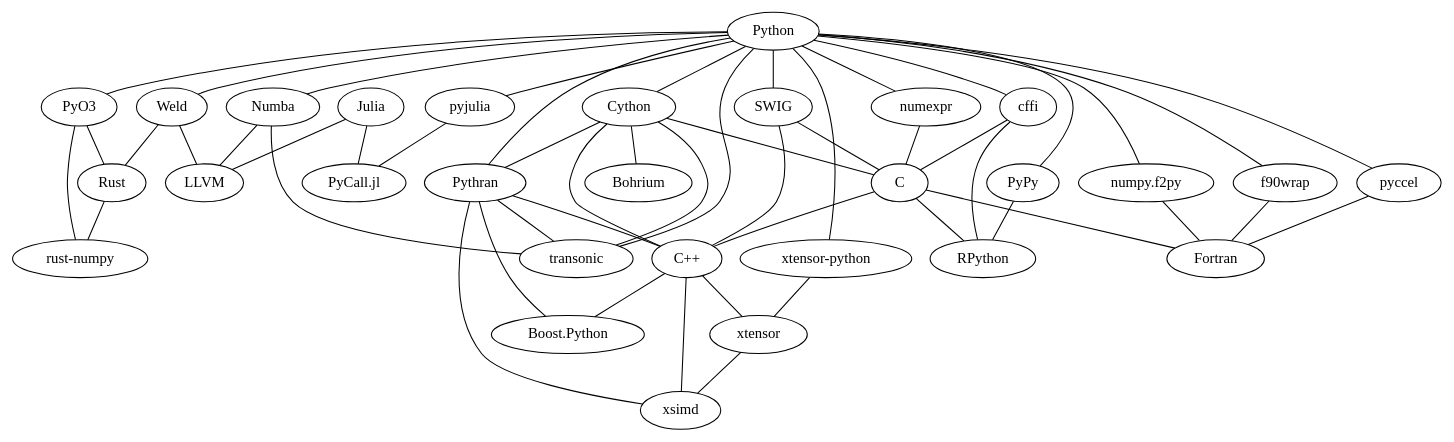
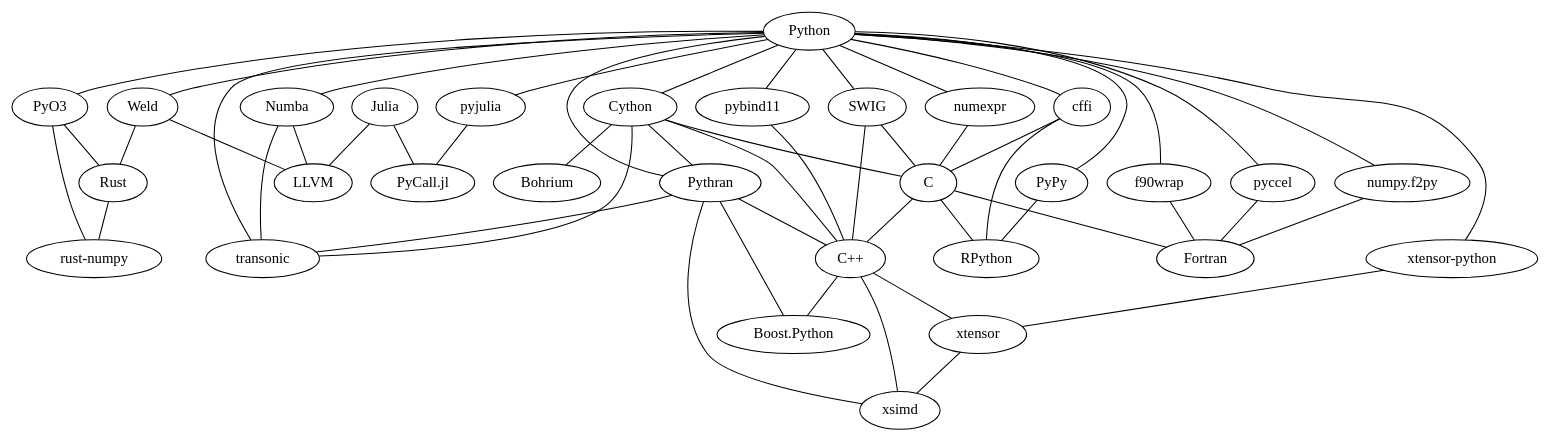
Before and after one commit to ashwinvis/pyconse2019: the diagram in python-performance-landscape/graph.dot, drawn with Graphviz. The commit also changed 3 other files, not shown here.

```diff
--- a/python-performance-landscape/graph.dot
+++ b/python-performance-landscape/graph.dot
@@ -1,82 +1,85 @@
 strict graph "" {
 	Python	[value=skyblue];
 	Cython	[value=skyblue];
 	Python -- Cython;
 	Pythran	[value=skyblue];
 	Python -- Pythran;
 	Numba	[value=skyblue];
 	Python -- Numba;
 	"numpy.f2py"	[value=skyblue];
 	Python -- "numpy.f2py";
 	"xtensor-python"	[value=pink];
 	Python -- "xtensor-python";
 	PyO3	[value=goldenrod];
 	Python -- PyO3;
 	Weld	[value=goldenrod];
 	Python -- Weld;
 	PyPy	[value=skyblue];
 	Python -- PyPy;
 	pyjulia	[value=skyblue];
 	Python -- pyjulia;
 	transonic	[value=skyblue];
 	Python -- transonic;
 	f90wrap	[value=skyblue];
 	Python -- f90wrap;
 	pyccel	[value=skyblue];
 	Python -- pyccel;
 	SWIG	[value=pink];
 	Python -- SWIG;
 	cffi	[value=skyblue];
 	Python -- cffi;
 	numexpr	[value=skyblue];
 	Python -- numexpr;
+	pybind11	[value=skyblue];
+	Python -- pybind11;
 	Cython -- Pythran;
 	Cython -- transonic;
 	C	[value=pink];
 	Cython -- C;
 	"C++"	[value=pink];
 	Cython -- "C++";
 	Bohrium	[value=pink];
 	Cython -- Bohrium;
 	Pythran -- transonic;
 	Pythran -- "C++";
 	"Boost.Python"	[value=pink];
 	Pythran -- "Boost.Python";
 	xsimd	[value=pink];
 	Pythran -- xsimd;
 	Numba -- transonic;
 	LLVM	[value=slategrey];
 	Numba -- LLVM;
 	Fortran	[value=purple];
 	"numpy.f2py" -- Fortran;
 	xtensor	[value=pink];
 	"xtensor-python" -- xtensor;
 	Rust	[value=goldenrod];
 	PyO3 -- Rust;
 	"rust-numpy"	[value=goldenrod];
 	PyO3 -- "rust-numpy";
 	Weld -- Rust;
 	Weld -- LLVM;
 	RPython	[value=skyblue];
 	PyPy -- RPython;
 	"PyCall.jl"	[value=forestgreen];
 	pyjulia -- "PyCall.jl";
 	f90wrap -- Fortran;
 	pyccel -- Fortran;
 	SWIG -- C;
 	SWIG -- "C++";
 	cffi -- C;
 	cffi -- RPython;
 	numexpr -- C;
+	pybind11 -- "C++";
 	C -- "C++";
 	C -- Fortran;
 	C -- RPython;
 	"C++" -- "Boost.Python";
 	"C++" -- xtensor;
 	"C++" -- xsimd;
 	xtensor -- xsimd;
 	Rust -- "rust-numpy";
 	Julia	[value=forestgreen];
 	Julia -- "PyCall.jl";
 	Julia -- LLVM;
 }
```
